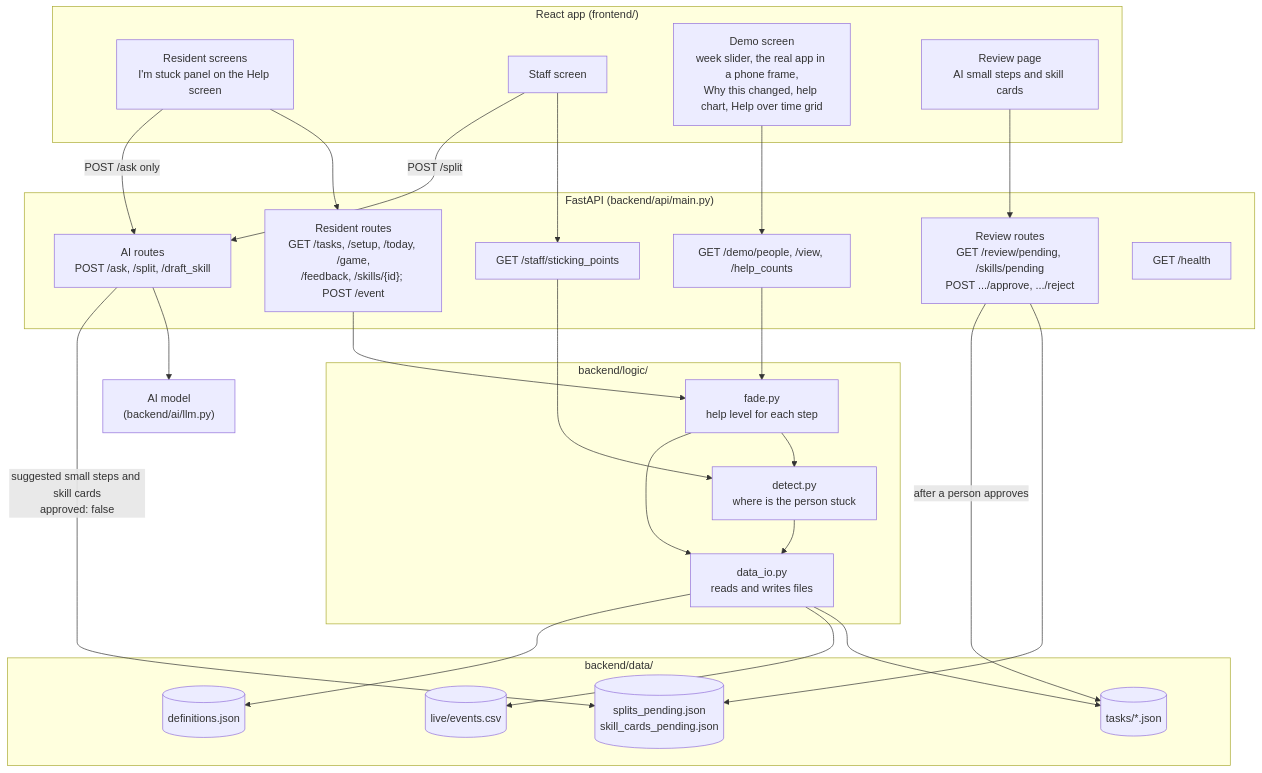
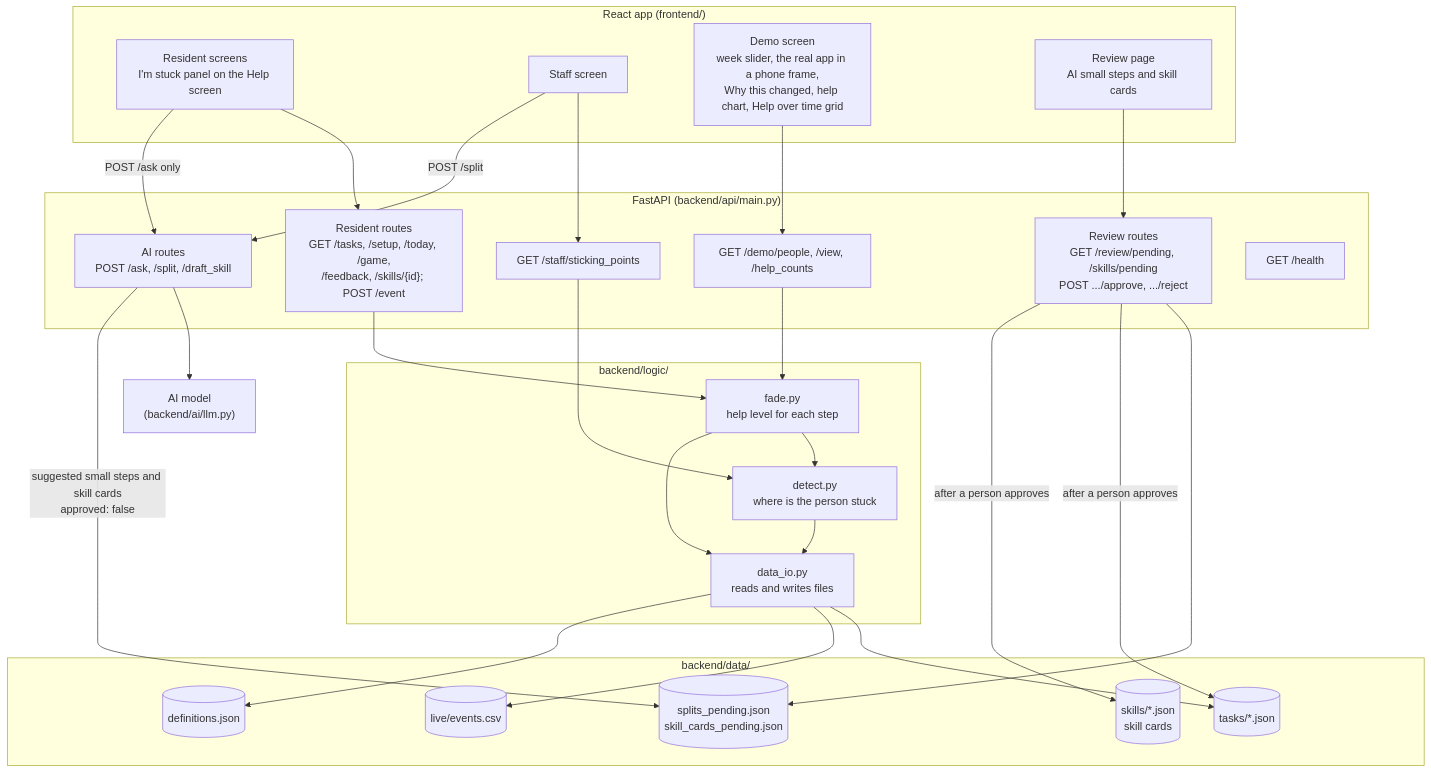
One commit to TeamHavenASU/Carryover changed the diagram in docs/architecture.md. Above: the diagram before and after it, drawn with Mermaid. The commit also changed other lines of this file, not shown here.

````diff
--- a/docs/architecture.md
+++ b/docs/architecture.md
@@ -5,56 +5,58 @@
 ```mermaid
 flowchart TD
   subgraph Browser["React app (frontend/)"]
     Resident["Resident screens<br/>I'm stuck panel on the Help screen"]
     Staff["Staff screen"]
     Demo["Demo screen<br/>week slider, the real app in a phone frame,<br/>Why this changed, help chart, Help over time grid"]
     Review["Review page<br/>AI small steps and skill cards"]
   end
 
   subgraph Backend["FastAPI (backend/api/main.py)"]
     Today["Resident routes<br/>GET /tasks, /setup, /today, /game,<br/>/feedback, /skills/{id}; POST /event"]
     AskSplit["AI routes<br/>POST /ask, /split, /draft_skill"]
     StaffRoutes["GET /staff/sticking_points"]
     DemoRoutes["GET /demo/people, /view, /help_counts"]
     ReviewRoutes["Review routes<br/>GET /review/pending, /skills/pending<br/>POST .../approve, .../reject"]
     Health["GET /health"]
   end
 
   subgraph Logic["backend/logic/"]
     DataIO["data_io.py<br/>reads and writes files"]
     Detect["detect.py<br/>where is the person stuck"]
     Fade["fade.py<br/>help level for each step"]
   end
 
   subgraph Data["backend/data/"]
     Tasks[("tasks/*.json")]
     Events[("live/events.csv")]
     Defs[("definitions.json")]
     Pending[("splits_pending.json<br/>skill_cards_pending.json")]
+    Skills[("skills/*.json<br/>skill cards")]
   end
 
   Model["AI model<br/>(backend/ai/llm.py)"]
 
   Resident --> Today
   Resident -->|"POST /ask only"| AskSplit
   Staff --> StaffRoutes
   Staff -->|"POST /split"| AskSplit
   Demo --> DemoRoutes
   Review --> ReviewRoutes
 
   StaffRoutes --> Detect
 
   Today --> Fade
   DemoRoutes --> Fade
   Fade --> Detect
   Fade --> DataIO
   Detect --> DataIO
   DataIO --> Tasks
   DataIO --> Events
   DataIO --> Defs
 
   AskSplit --> Model
   AskSplit -->|"suggested small steps and skill cards<br/>approved: false"| Pending
   ReviewRoutes --> Pending
   ReviewRoutes -->|"after a person approves"| Tasks
+  ReviewRoutes -->|"after a person approves"| Skills
 ```
````
